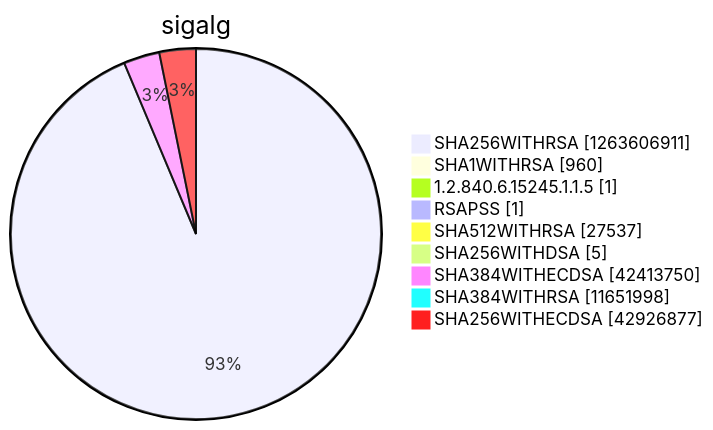
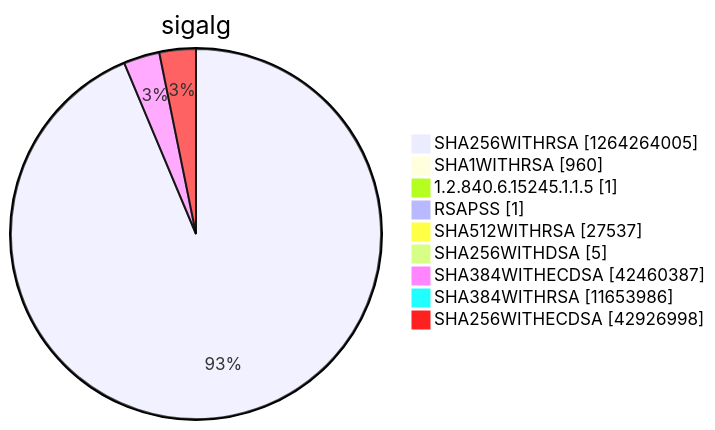
Diagram 15 of 15 in argon2022/README.md (christiankrug/ctmonitor_visualization), drawn with Mermaid before and after one commit. The commit also changed other lines of this file, not shown here.

````diff
--- a/argon2022/README.md
+++ b/argon2022/README.md
@@ -5522,13 +5522,13 @@
 ```mermaid
 pie showData
 title sigalg
-"SHA256WITHRSA" :1263606911
+"SHA256WITHRSA" :1264264005
 "SHA1WITHRSA" :960
 "1.2.840.6.15245.1.1.5" :1
 "RSAPSS" :1
 "SHA512WITHRSA" :27537
 "SHA256WITHDSA" :5
-"SHA384WITHECDSA" :42413750
-"SHA384WITHRSA" :11651998
-"SHA256WITHECDSA" :42926877
+"SHA384WITHECDSA" :42460387
+"SHA384WITHRSA" :11653986
+"SHA256WITHECDSA" :42926998
 ```
````
